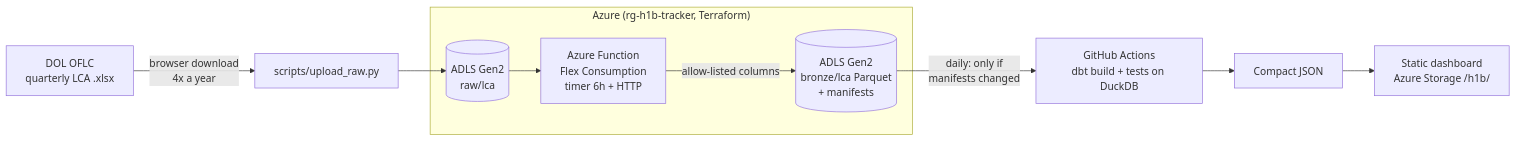
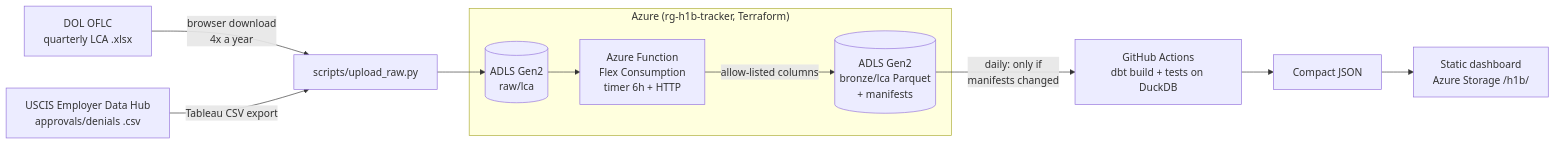
The diagram in README.md (srikanthmannepalli0502-cmyk/h1b-job-market-tracker), drawn with Mermaid before and after one commit. The commit also changed other lines of this file and 22 other files, not shown here.

First line of the commit message:
Join USCIS approvals and denials to DOL employers

````diff
--- a/README.md
+++ b/README.md
@@ -48,14 +51,15 @@
 ```mermaid
 flowchart LR
     DOL[DOL OFLC<br/>quarterly LCA .xlsx] -->|browser download<br/>4x a year| UP[scripts/upload_raw.py]
+    USCIS[USCIS Employer Data Hub<br/>approvals/denials .csv] -->|Tableau CSV export| UP
     subgraph Azure["Azure (rg-h1b-tracker, Terraform)"]
         RAW[(ADLS Gen2<br/>raw/lca)]
         FN[Azure Function<br/>Flex Consumption<br/>timer 6h + HTTP]
         BRONZE[(ADLS Gen2<br/>bronze/lca Parquet<br/>+ manifests)]
         RAW --> FN -->|allow-listed columns| BRONZE
     end
     UP --> RAW
     BRONZE -->|daily: only if<br/>manifests changed| GHA[GitHub Actions<br/>dbt build + tests on DuckDB]
     GHA --> JSON[Compact JSON]
     JSON --> WEB[Static dashboard<br/>Azure Storage /h1b/]
 ```
````
